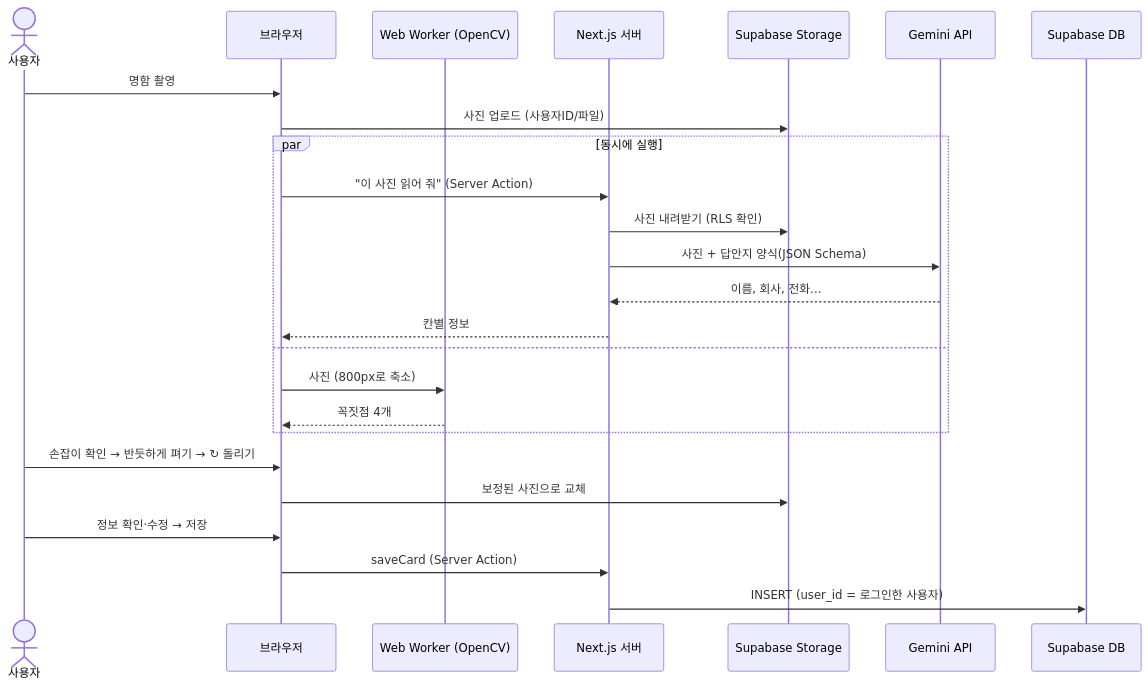
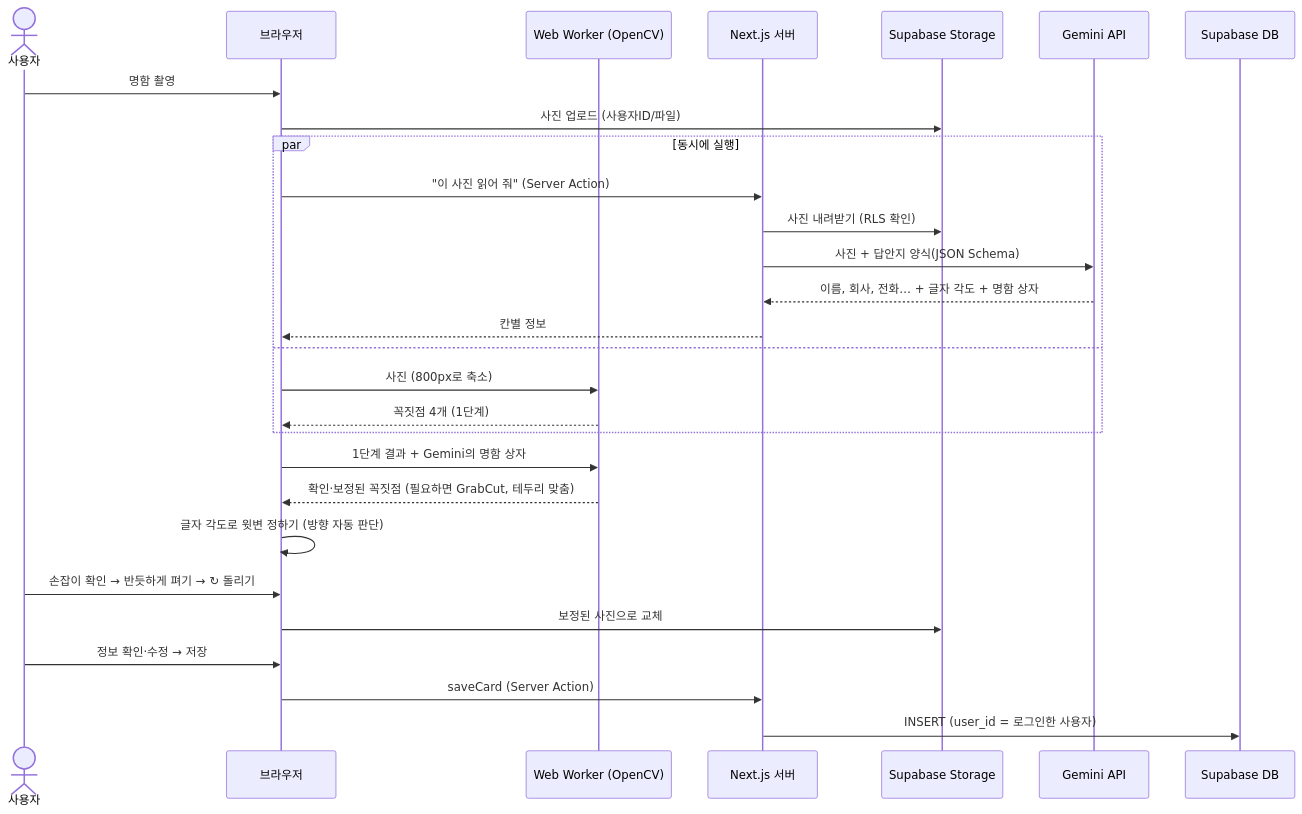
One commit to ms1968-park/bizcard changed the second of 2 diagrams in README.md. Above: the diagram before and after it, drawn with Mermaid. The commit also changed other lines of this file and 16 other files, not shown here.

````diff
--- a/README.md
+++ b/README.md
@@ -154,28 +158,31 @@
 ```mermaid
 sequenceDiagram
     actor 사용자
     participant 브라우저
     participant 워커 as Web Worker (OpenCV)
     participant 서버 as Next.js 서버
     participant 저장소 as Supabase Storage
     participant AI as Gemini API
     participant DB as Supabase DB
 
     사용자->>브라우저: 명함 촬영
     브라우저->>저장소: 사진 업로드 (사용자ID/파일)
     par 동시에 실행
         브라우저->>서버: "이 사진 읽어 줘" (Server Action)
         서버->>저장소: 사진 내려받기 (RLS 확인)
         서버->>AI: 사진 + 답안지 양식(JSON Schema)
-        AI-->>서버: 이름, 회사, 전화…
+        AI-->>서버: 이름, 회사, 전화… + 글자 각도 + 명함 상자
         서버-->>브라우저: 칸별 정보
     and
         브라우저->>워커: 사진 (800px로 축소)
-        워커-->>브라우저: 꼭짓점 4개
+        워커-->>브라우저: 꼭짓점 4개 (1단계)
     end
+    브라우저->>워커: 1단계 결과 + Gemini의 명함 상자
+    워커-->>브라우저: 확인·보정된 꼭짓점 (필요하면 GrabCut, 테두리 맞춤)
+    브라우저->>브라우저: 글자 각도로 윗변 정하기 (방향 자동 판단)
     사용자->>브라우저: 손잡이 확인 → 반듯하게 펴기 → ↻ 돌리기
     브라우저->>저장소: 보정된 사진으로 교체
     사용자->>브라우저: 정보 확인·수정 → 저장
     브라우저->>서버: saveCard (Server Action)
     서버->>DB: INSERT (user_id = 로그인한 사용자)
 ```
````
